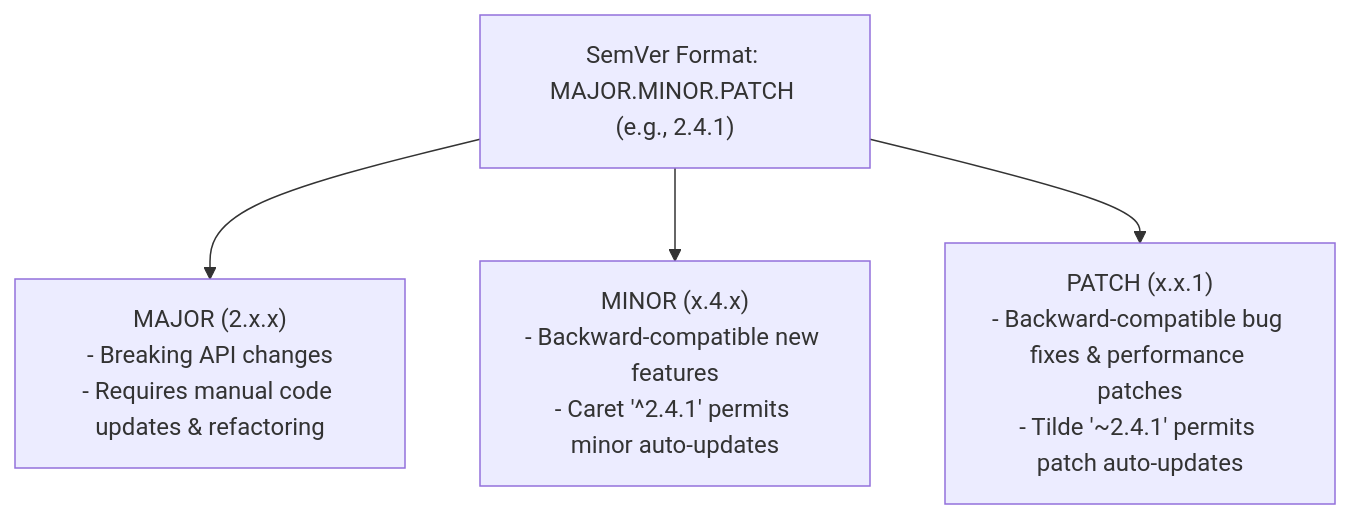
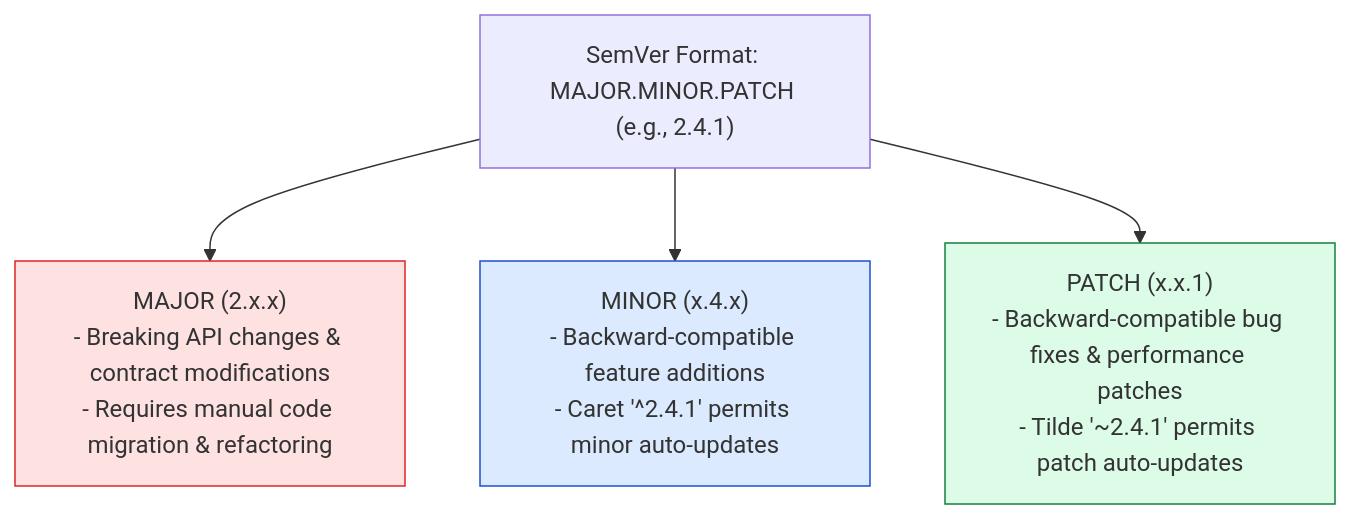
The first of 3 diagrams in nodejs-notes/27-npm-and-packages.md (Amie-dev/engineering-playbook), drawn with Mermaid before and after one commit. The commit also changed other lines of this file and 31 other files, not shown here.

````diff
--- a/nodejs-notes/27-npm-and-packages.md
+++ b/nodejs-notes/27-npm-and-packages.md
@@ -15,6 +15,10 @@
 ```mermaid
-graph TD
-    SemVer["SemVer Format: MAJOR.MINOR.PATCH (e.g., 2.4.1)"] --> Major["MAJOR (2.x.x)<br/>- Breaking API changes<br/>- Requires manual code updates & refactoring"]
-    SemVer --> Minor["MINOR (x.4.x)<br/>- Backward-compatible new features<br/>- Caret '^2.4.1' permits minor auto-updates"]
+flowchart TD
+    SemVer["SemVer Format: MAJOR.MINOR.PATCH (e.g., 2.4.1)"] --> Major["MAJOR (2.x.x)<br/>- Breaking API changes & contract modifications<br/>- Requires manual code migration & refactoring"]
+    SemVer --> Minor["MINOR (x.4.x)<br/>- Backward-compatible feature additions<br/>- Caret '^2.4.1' permits minor auto-updates"]
     SemVer --> Patch["PATCH (x.x.1)<br/>- Backward-compatible bug fixes & performance patches<br/>- Tilde '~2.4.1' permits patch auto-updates"]
+
+    style Major fill:#fee2e2,stroke:#dc2626
+    style Minor fill:#dbeafe,stroke:#1d4ed8
+    style Patch fill:#dcfce7,stroke:#15803d
 ```
````
